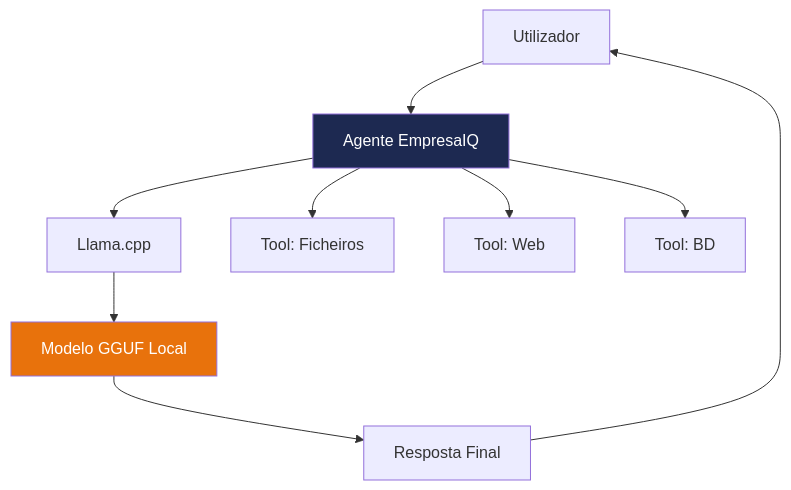
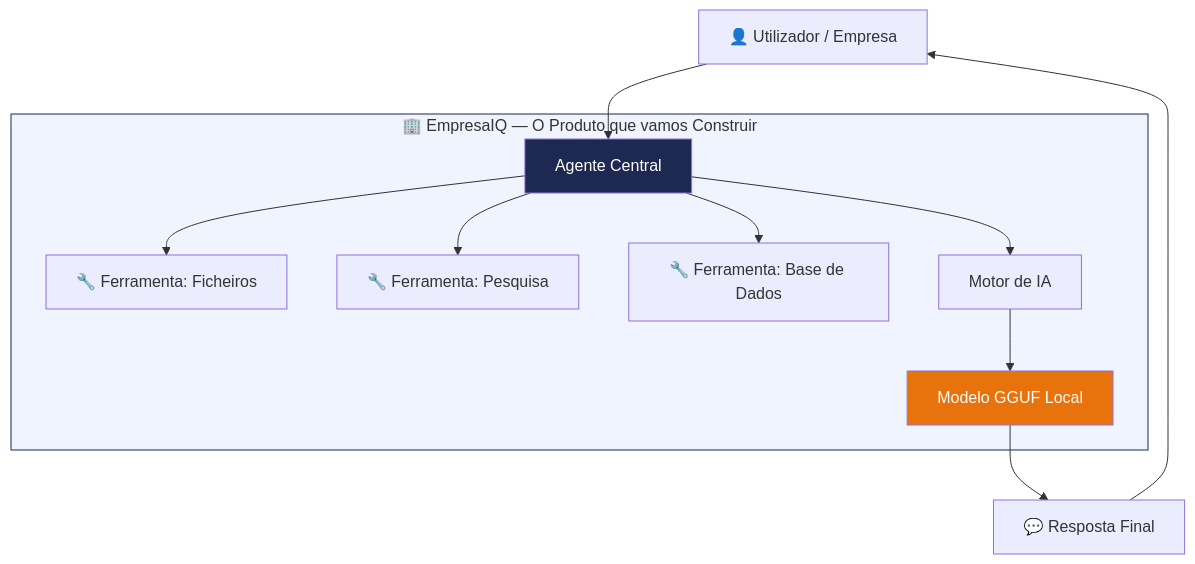
One commit to icpmtech/empresaiq-ebook changed the diagram in docs/01-introducao.md. Above: the diagram before and after it, drawn with Mermaid. The commit also changed other lines of this file and 24 other files, not shown here.

````diff
--- a/docs/01-introducao.md
+++ b/docs/01-introducao.md
@@ -6,13 +33,16 @@
 ```mermaid
 graph TD
-    A[Utilizador] --> B[Agente EmpresaIQ]
-    B --> C[Llama.cpp]
-    C --> D[Modelo GGUF Local]
-    B --> E1[Tool: Ficheiros]
-    B --> E2[Tool: Web]
-    B --> E3[Tool: BD]
-    D --> F[Resposta Final]
-    F --> A
-    style D fill:#E8720C,color:#fff
-    style B fill:#1D2951,color:#fff
+    U[👤 Utilizador / Empresa] --> A
+    subgraph empresaiq[🏢 EmpresaIQ — O Produto que vamos Construir]
+        A[Agente Central] --> T1[🔧 Ferramenta: Ficheiros]
+        A --> T2[🔧 Ferramenta: Pesquisa]
+        A --> T3[🔧 Ferramenta: Base de Dados]
+        A --> LLM[Motor de IA]
+        LLM --> M[Modelo GGUF Local]
+    end
+    M --> R[💬 Resposta Final]
+    R --> U
+    style empresaiq fill:#f0f4ff,stroke:#1D2951
+    style M fill:#E8720C,color:#fff
+    style A fill:#1D2951,color:#fff
 ```
````
